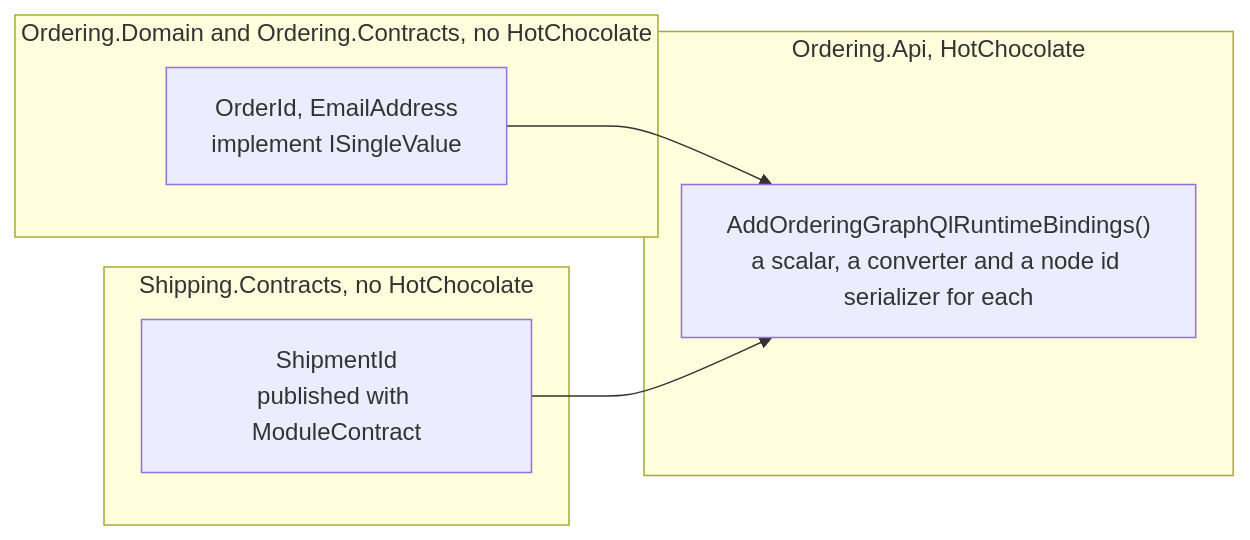
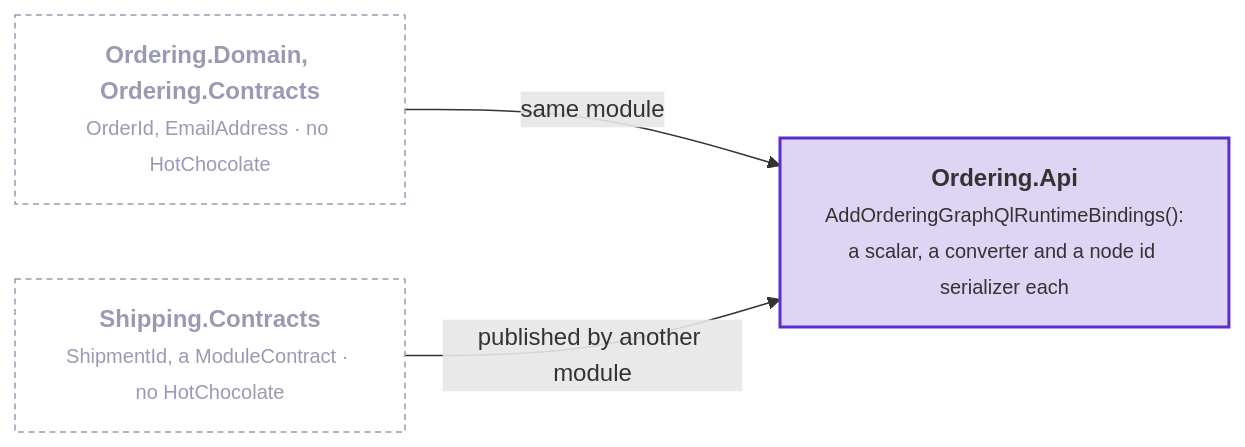
One commit to DylanSnel/DDDToolkit changed the second of 6 diagrams in docs/graphql.md. Above: the diagram before and after it, drawn with Mermaid. The commit also changed other lines of this file and 41 other files, not shown here.

First line of the commit message:
Docs: plain prose, one word per concept, and readable diagrams on every page

````diff
--- a/docs/graphql.md
+++ b/docs/graphql.md
@@ -913,14 +965,12 @@
 ```mermaid
 flowchart LR
-    subgraph own ["Ordering.Domain and Ordering.Contracts, no HotChocolate"]
-        OwnIds["OrderId, EmailAddress<br/>implement ISingleValue"]
-    end
-    subgraph other ["Shipping.Contracts, no HotChocolate"]
-        PublishedIds["ShipmentId<br/>published with ModuleContract"]
-    end
-    subgraph api ["Ordering.Api, HotChocolate"]
-        Bindings["AddOrderingGraphQlRuntimeBindings()<br/>a scalar, a converter and a node id serializer for each"]
-    end
-    OwnIds --> Bindings
-    PublishedIds --> Bindings
+    own["<b>Ordering.Domain, Ordering.Contracts</b><br/><small>OrderId, EmailAddress · no HotChocolate</small>"]
+    other["<b>Shipping.Contracts</b><br/><small>ShipmentId, a ModuleContract · no HotChocolate</small>"]
+    api["<b>Ordering.Api</b><br/><small>AddOrderingGraphQlRuntimeBindings():<br/>a scalar, a converter and a node id serializer each</small>"]
+    own -->|"same module"| api
+    other -->|"published by another module"| api
+    classDef strong fill:#5b2ec933,stroke:#5b2ec9,stroke-width:2px
+    classDef muted fill:none,stroke:#9a9ab5,stroke-dasharray:4 3,color:#9a9ab5
+    class api strong
+    class own,other muted
 ```
````
